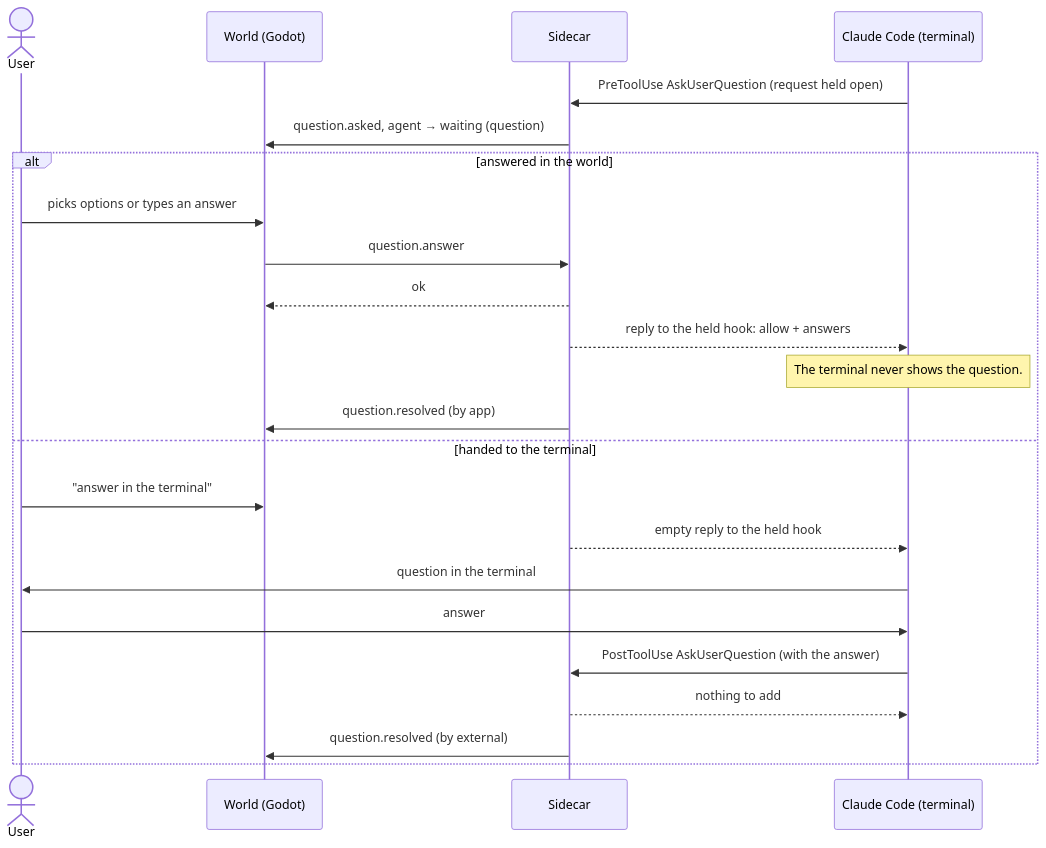
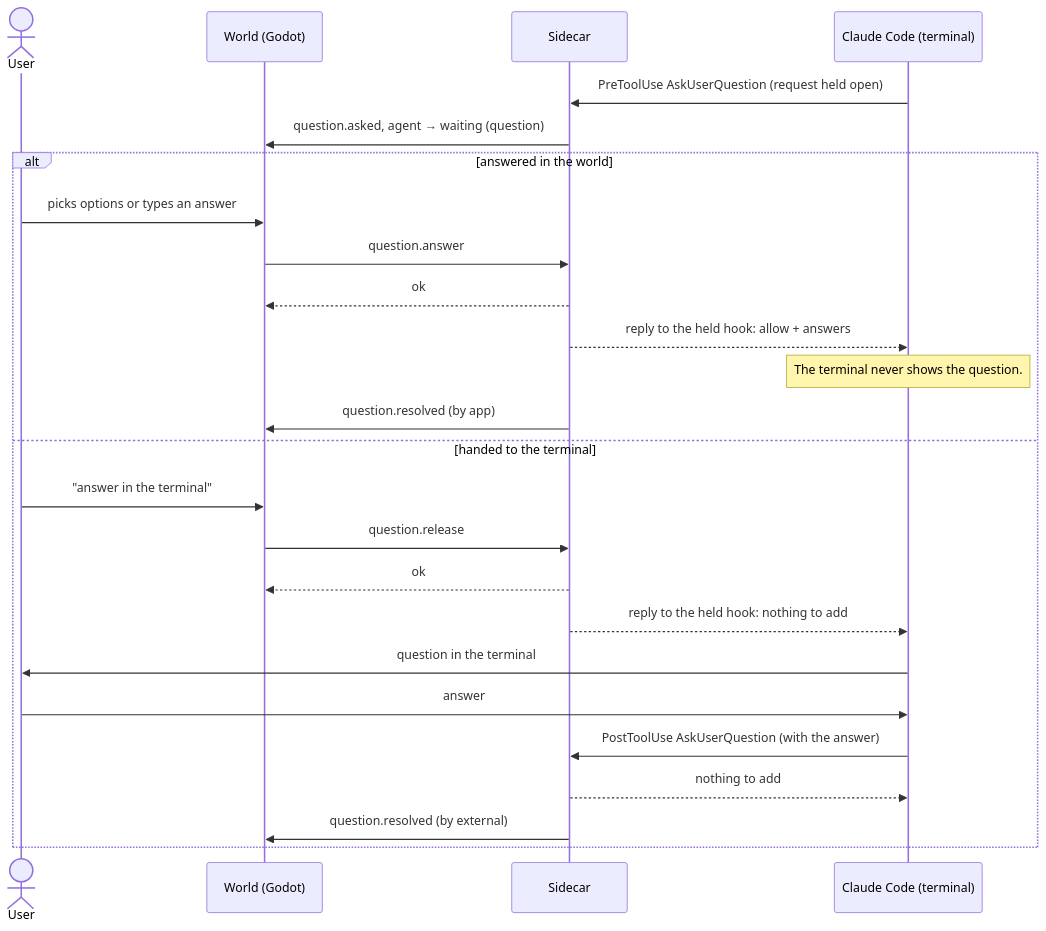
One commit to PaoloPortugal/The-Beach changed the fourth of 7 diagrams in docs/flows.md. Above: the diagram before and after it, drawn with Mermaid. The commit also changed 2 other files, not shown here.

Commit message:
Add question.release command to hand a question to the terminal
Found while drawing every reply in flow 4: the world had no message for
'answer in the terminal'.

````diff
--- a/docs/flows.md
+++ b/docs/flows.md
@@ -132,26 +132,28 @@
 ```mermaid
 sequenceDiagram
     actor User
     participant World as World (Godot)
     participant Sidecar
     participant Claude as Claude Code (terminal)
 
     Claude->>Sidecar: PreToolUse AskUserQuestion (request held open)
     Sidecar->>World: question.asked, agent → waiting (question)
     alt answered in the world
         User->>World: picks options or types an answer
         World->>Sidecar: question.answer
         Sidecar-->>World: ok
         Sidecar-->>Claude: reply to the held hook: allow + answers
         Note over Claude: The terminal never shows the question.
         Sidecar->>World: question.resolved (by app)
     else handed to the terminal
         User->>World: "answer in the terminal"
-        Sidecar-->>Claude: empty reply to the held hook
+        World->>Sidecar: question.release
+        Sidecar-->>World: ok
+        Sidecar-->>Claude: reply to the held hook: nothing to add
         Claude->>User: question in the terminal
         User->>Claude: answer
         Claude->>Sidecar: PostToolUse AskUserQuestion (with the answer)
         Sidecar-->>Claude: nothing to add
         Sidecar->>World: question.resolved (by external)
     end
 ```
````
